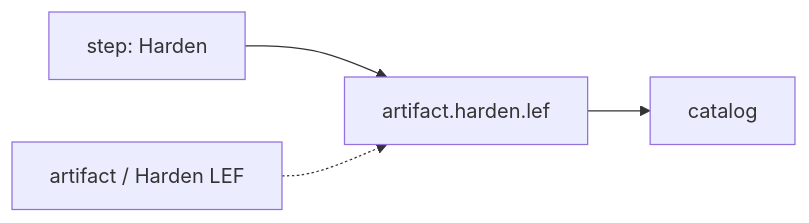
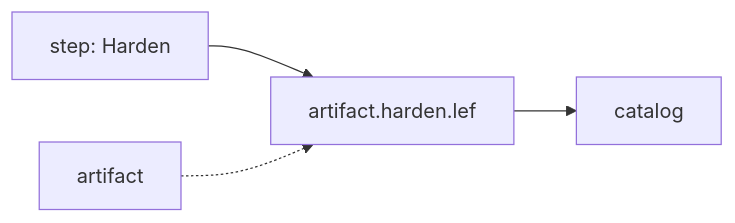
One commit to openecos-projects/ecc changed diagram 19 of 45 in .github/signoff-board/signoff-kanban.md. Above: the diagram before and after it, drawn with Mermaid. The commit also changed other lines of this file and 4 other files, not shown here.

````diff
--- a/.github/signoff-board/signoff-kanban.md
+++ b/.github/signoff-board/signoff-kanban.md
@@ -300,6 +454,6 @@
 ```mermaid
 flowchart LR
   step_artifact_harden_lef["step: Harden"] --> metric_artifact_harden_lef["artifact.harden.lef"]
   metric_artifact_harden_lef --> state_artifact_harden_lef["catalog"]
-  catalog_artifact_harden_lef["artifact / Harden LEF"] -.-> metric_artifact_harden_lef
+  cat_artifact_harden_lef["artifact"] -.-> metric_artifact_harden_lef
 ```
````
